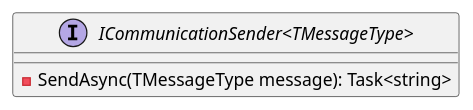
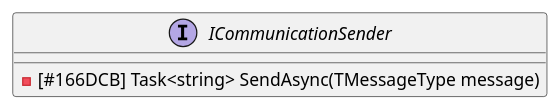
Before and after one commit to mwwhited-forks/dotnet-libs: the first of 2 diagrams in docs/generated/Framework/Eliassen.Communications.Abstractions/Services/Documentation.md, drawn with PlantUML. The commit also changed other lines of this file and 444 other files, not shown here.

````diff
--- a/docs/generated/Framework/Eliassen.Communications.Abstractions/Services/Documentation.md
+++ b/docs/generated/Framework/Eliassen.Communications.Abstractions/Services/Documentation.md
@@ -24,8 +34,7 @@
 ```plantuml
 @startuml
-interface "ICommunicationSender<TMessageType>" {
-  - SendAsync(TMessageType message): Task<string>
+interface "ICommunicationSender" {
+  -[#166DCB] Task<string> SendAsync(TMessageType message)
 }
-
 @enduml
 ```
````
